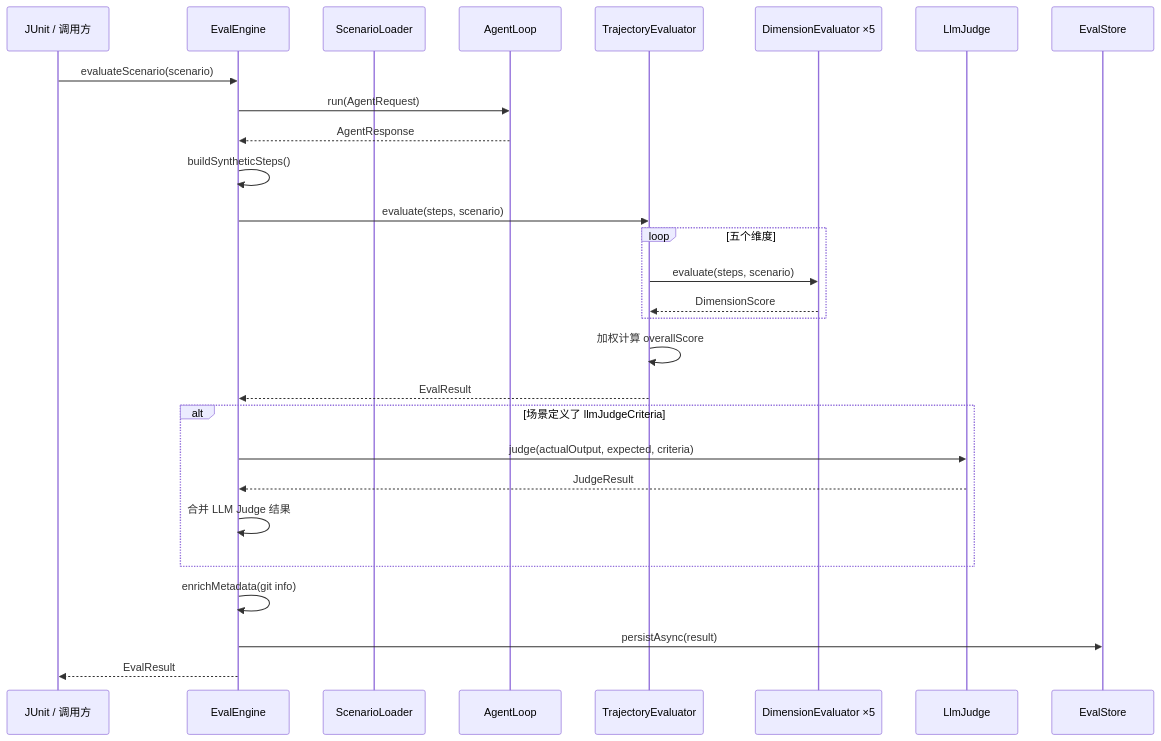
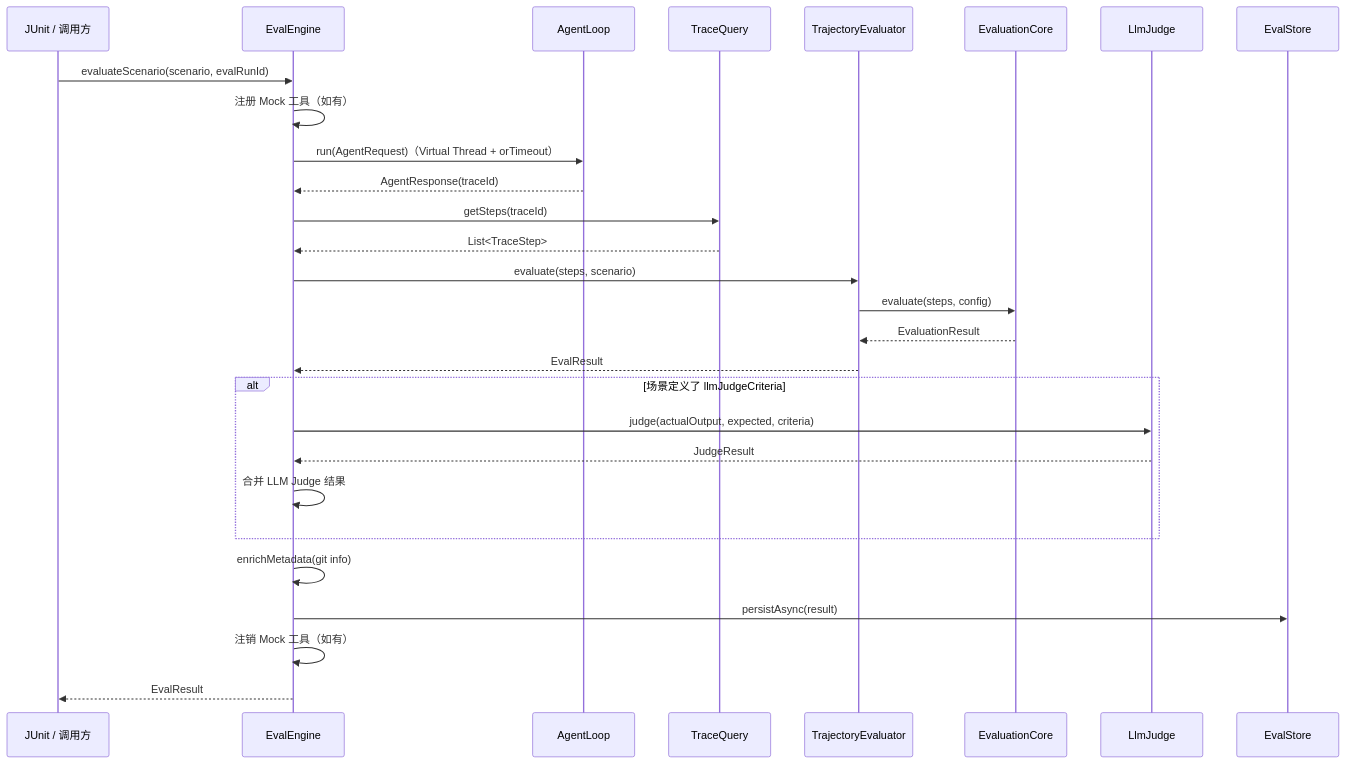
Before and after one commit to ntygod/LifePilot: the second of 3 diagrams in docs/architecture/agentic-evals.md, drawn with Mermaid. The commit also changed other lines of this file and 1 other file, not shown here.

Commit message:
docs(eval): 更新架构和特性文档反映 EvaluationCore 重构

````diff
--- a/docs/architecture/agentic-evals.md
+++ b/docs/architecture/agentic-evals.md
@@ -117,31 +122,31 @@
 ```mermaid
 sequenceDiagram
     participant JU as JUnit / 调用方
     participant EE as EvalEngine
-    participant SL as ScenarioLoader
     participant AL as AgentLoop
+    participant TQ as TraceQuery
     participant TE as TrajectoryEvaluator
-    participant DE as DimensionEvaluator ×5
+    participant EC as EvaluationCore
     participant LJ as LlmJudge
     participant ES as EvalStore
 
-    JU->>EE: evaluateScenario(scenario)
-    EE->>AL: run(AgentRequest)
-    AL-->>EE: AgentResponse
-    EE->>EE: buildSyntheticSteps()
+    JU->>EE: evaluateScenario(scenario, evalRunId)
+    EE->>EE: 注册 Mock 工具（如有）
+    EE->>AL: run(AgentRequest)（Virtual Thread + orTimeout）
+    AL-->>EE: AgentResponse(traceId)
+    EE->>TQ: getSteps(traceId)
+    TQ-->>EE: List<TraceStep>
     EE->>TE: evaluate(steps, scenario)
-    loop 五个维度
-        TE->>DE: evaluate(steps, scenario)
-        DE-->>TE: DimensionScore
-    end
-    TE->>TE: 加权计算 overallScore
+    TE->>EC: evaluate(steps, config)
+    EC-->>TE: EvaluationResult
     TE-->>EE: EvalResult
     alt 场景定义了 llmJudgeCriteria
         EE->>LJ: judge(actualOutput, expected, criteria)
         LJ-->>EE: JudgeResult
         EE->>EE: 合并 LLM Judge 结果
     end
     EE->>EE: enrichMetadata(git info)
     EE->>ES: persistAsync(result)
+    EE->>EE: 注销 Mock 工具（如有）
     EE-->>JU: EvalResult
 ```
````
